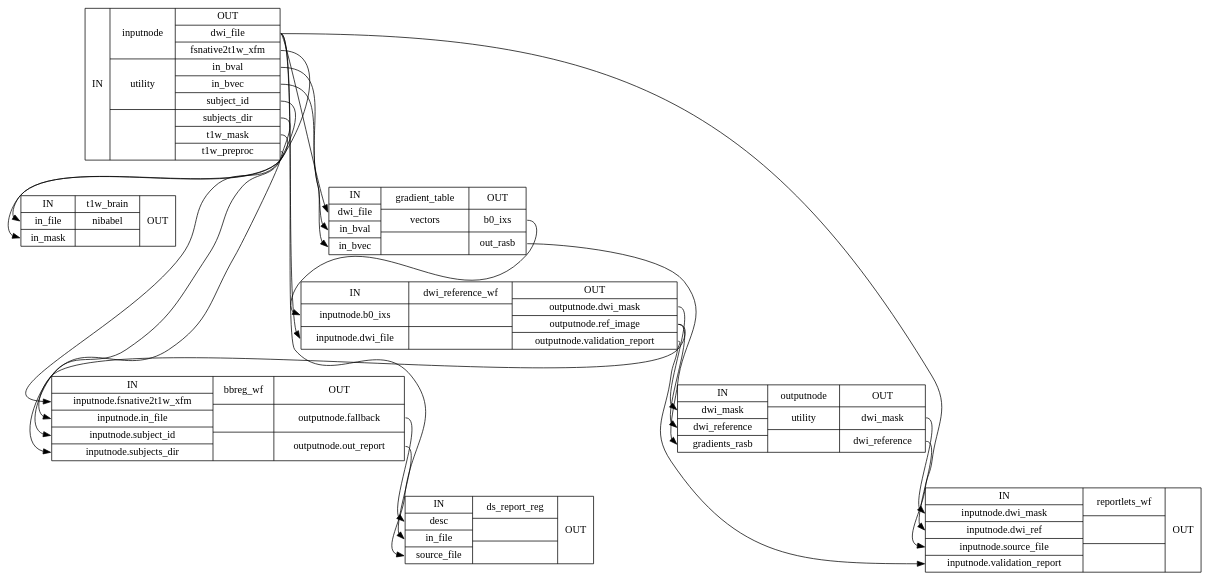
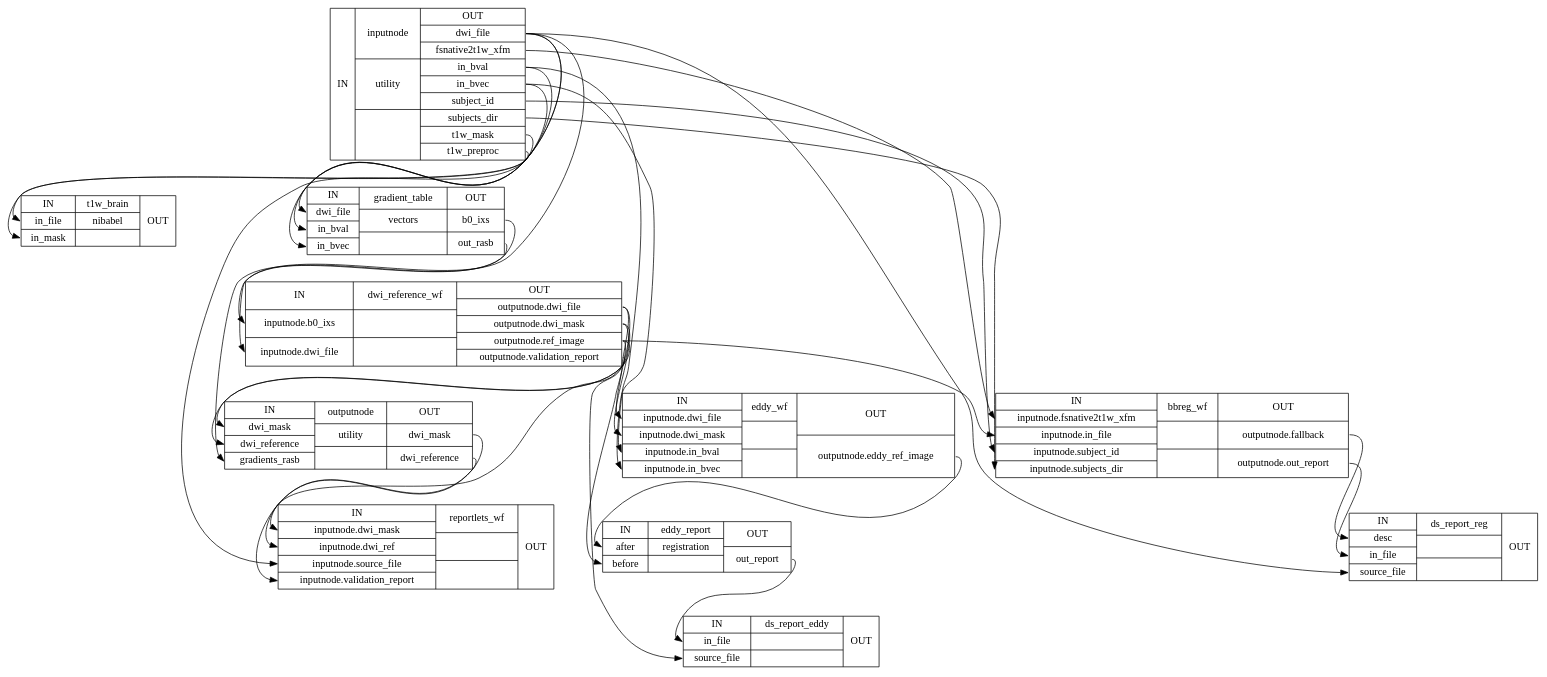
The diagram in 0.3.0/wf_directive/api/dwi_preproc_wf/dmriprep-workflows-dwi-base-1_detailed.dot (nipreps/dmriprep), drawn with Graphviz before and after one commit. The commit also changed 309 other files, not shown here.

```diff
--- a/0.3.0/wf_directive/api/dwi_preproc_wf/dmriprep-workflows-dwi-base-1_detailed.dot
+++ b/0.3.0/wf_directive/api/dwi_preproc_wf/dmriprep-workflows-dwi-base-1_detailed.dot
@@ -1,32 +1,43 @@
 digraph structs {
 node [shape=record];
 dwi_preproc_wfinputnode [label="{IN}|{ inputnode | utility |  }|{OUT|<outdwifile> dwi_file|<outfsnative2t1wxfm> fsnative2t1w_xfm|<outinbval> in_bval|<outinbvec> in_bvec|<outsubjectid> subject_id|<outsubjectsdir> subjects_dir|<outt1wmask> t1w_mask|<outt1wpreproc> t1w_preproc}"];
 dwi_preproc_wft1w_brain [label="{IN|<ininfile> in_file|<ininmask> in_mask}|{ t1w_brain | nibabel |  }|{OUT}"];
 dwi_preproc_wfgradient_table [label="{IN|<indwifile> dwi_file|<ininbval> in_bval|<ininbvec> in_bvec}|{ gradient_table | vectors |  }|{OUT|<outb0ixs> b0_ixs|<outoutrasb> out_rasb}"];
-dwi_preproc_wfdwi_reference_wf [label="{IN|<ininputnodeb0ixs> inputnode.b0_ixs|<ininputnodedwifile> inputnode.dwi_file}|{ dwi_reference_wf |  |  }|{OUT|<outoutputnodedwimask> outputnode.dwi_mask|<outoutputnoderefimage> outputnode.ref_image|<outoutputnodevalidationreport> outputnode.validation_report}"];
+dwi_preproc_wfdwi_reference_wf [label="{IN|<ininputnodeb0ixs> inputnode.b0_ixs|<ininputnodedwifile> inputnode.dwi_file}|{ dwi_reference_wf |  |  }|{OUT|<outoutputnodedwifile> outputnode.dwi_file|<outoutputnodedwimask> outputnode.dwi_mask|<outoutputnoderefimage> outputnode.ref_image|<outoutputnodevalidationreport> outputnode.validation_report}"];
 dwi_preproc_wfoutputnode [label="{IN|<indwimask> dwi_mask|<indwireference> dwi_reference|<ingradientsrasb> gradients_rasb}|{ outputnode | utility |  }|{OUT|<outdwimask> dwi_mask|<outdwireference> dwi_reference}"];
 dwi_preproc_wfreportlets_wf [label="{IN|<ininputnodedwimask> inputnode.dwi_mask|<ininputnodedwiref> inputnode.dwi_ref|<ininputnodesourcefile> inputnode.source_file|<ininputnodevalidationreport> inputnode.validation_report}|{ reportlets_wf |  |  }|{OUT}"];
+dwi_preproc_wfeddy_wf [label="{IN|<ininputnodedwifile> inputnode.dwi_file|<ininputnodedwimask> inputnode.dwi_mask|<ininputnodeinbval> inputnode.in_bval|<ininputnodeinbvec> inputnode.in_bvec}|{ eddy_wf |  |  }|{OUT|<outoutputnodeeddyrefimage> outputnode.eddy_ref_image}"];
+dwi_preproc_wfeddy_report [label="{IN|<inafter> after|<inbefore> before}|{ eddy_report | registration |  }|{OUT|<outoutreport> out_report}"];
+dwi_preproc_wfds_report_eddy [label="{IN|<ininfile> in_file|<insourcefile> source_file}|{ ds_report_eddy |  |  }|{OUT}"];
 dwi_preproc_wfbbreg_wf [label="{IN|<ininputnodefsnative2t1wxfm> inputnode.fsnative2t1w_xfm|<ininputnodeinfile> inputnode.in_file|<ininputnodesubjectid> inputnode.subject_id|<ininputnodesubjectsdir> inputnode.subjects_dir}|{ bbreg_wf |  |  }|{OUT|<outoutputnodefallback> outputnode.fallback|<outoutputnodeoutreport> outputnode.out_report}"];
 dwi_preproc_wfds_report_reg [label="{IN|<indesc> desc|<ininfile> in_file|<insourcefile> source_file}|{ ds_report_reg |  |  }|{OUT}"];
 dwi_preproc_wfbbreg_wf:outoutputnodefallback:e -> dwi_preproc_wfds_report_reg:indesc:w;
 dwi_preproc_wfbbreg_wf:outoutputnodeoutreport:e -> dwi_preproc_wfds_report_reg:ininfile:w;
+dwi_preproc_wfdwi_reference_wf:outoutputnodedwifile:e -> dwi_preproc_wfds_report_eddy:insourcefile:w;
+dwi_preproc_wfdwi_reference_wf:outoutputnodedwifile:e -> dwi_preproc_wfeddy_wf:ininputnodedwifile:w;
+dwi_preproc_wfdwi_reference_wf:outoutputnodedwimask:e -> dwi_preproc_wfeddy_wf:ininputnodedwimask:w;
 dwi_preproc_wfdwi_reference_wf:outoutputnodedwimask:e -> dwi_preproc_wfoutputnode:indwimask:w;
 dwi_preproc_wfdwi_reference_wf:outoutputnoderefimage:e -> dwi_preproc_wfbbreg_wf:ininputnodeinfile:w;
+dwi_preproc_wfdwi_reference_wf:outoutputnoderefimage:e -> dwi_preproc_wfeddy_report:inbefore:w;
 dwi_preproc_wfdwi_reference_wf:outoutputnoderefimage:e -> dwi_preproc_wfoutputnode:indwireference:w;
 dwi_preproc_wfdwi_reference_wf:outoutputnodevalidationreport:e -> dwi_preproc_wfreportlets_wf:ininputnodevalidationreport:w;
+dwi_preproc_wfeddy_report:outoutreport:e -> dwi_preproc_wfds_report_eddy:ininfile:w;
+dwi_preproc_wfeddy_wf:outoutputnodeeddyrefimage:e -> dwi_preproc_wfeddy_report:inafter:w;
 dwi_preproc_wfgradient_table:outb0ixs:e -> dwi_preproc_wfdwi_reference_wf:ininputnodeb0ixs:w;
 dwi_preproc_wfgradient_table:outoutrasb:e -> dwi_preproc_wfoutputnode:ingradientsrasb:w;
 dwi_preproc_wfinputnode:outdwifile:e -> dwi_preproc_wfds_report_reg:insourcefile:w;
 dwi_preproc_wfinputnode:outdwifile:e -> dwi_preproc_wfdwi_reference_wf:ininputnodedwifile:w;
 dwi_preproc_wfinputnode:outdwifile:e -> dwi_preproc_wfgradient_table:indwifile:w;
 dwi_preproc_wfinputnode:outdwifile:e -> dwi_preproc_wfreportlets_wf:ininputnodesourcefile:w;
 dwi_preproc_wfinputnode:outfsnative2t1wxfm:e -> dwi_preproc_wfbbreg_wf:ininputnodefsnative2t1wxfm:w;
+dwi_preproc_wfinputnode:outinbval:e -> dwi_preproc_wfeddy_wf:ininputnodeinbval:w;
 dwi_preproc_wfinputnode:outinbval:e -> dwi_preproc_wfgradient_table:ininbval:w;
+dwi_preproc_wfinputnode:outinbvec:e -> dwi_preproc_wfeddy_wf:ininputnodeinbvec:w;
 dwi_preproc_wfinputnode:outinbvec:e -> dwi_preproc_wfgradient_table:ininbvec:w;
 dwi_preproc_wfinputnode:outsubjectid:e -> dwi_preproc_wfbbreg_wf:ininputnodesubjectid:w;
 dwi_preproc_wfinputnode:outsubjectsdir:e -> dwi_preproc_wfbbreg_wf:ininputnodesubjectsdir:w;
 dwi_preproc_wfinputnode:outt1wmask:e -> dwi_preproc_wft1w_brain:ininmask:w;
 dwi_preproc_wfinputnode:outt1wpreproc:e -> dwi_preproc_wft1w_brain:ininfile:w;
 dwi_preproc_wfoutputnode:outdwimask:e -> dwi_preproc_wfreportlets_wf:ininputnodedwimask:w;
 dwi_preproc_wfoutputnode:outdwireference:e -> dwi_preproc_wfreportlets_wf:ininputnodedwiref:w;
 }
```
